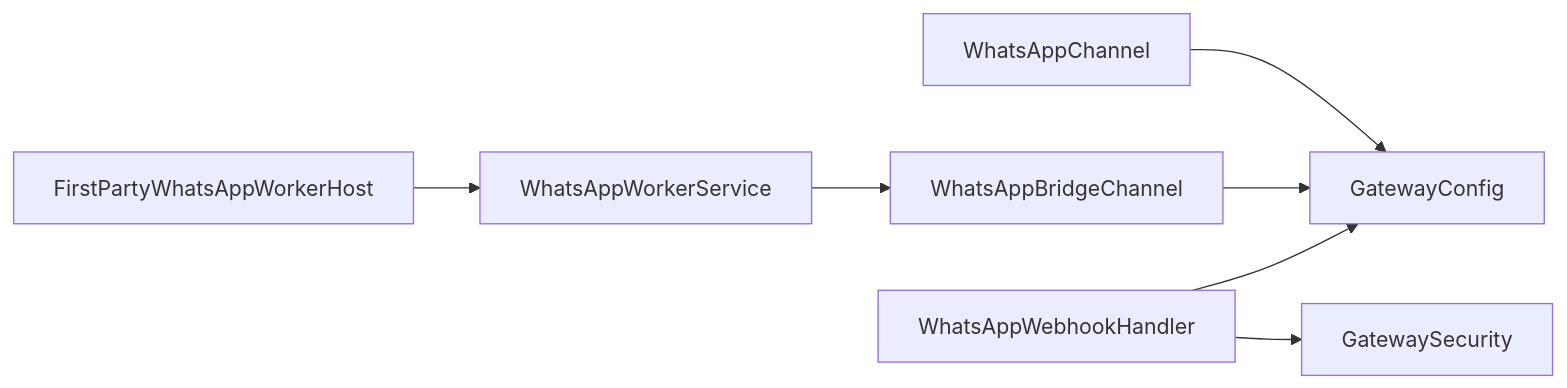
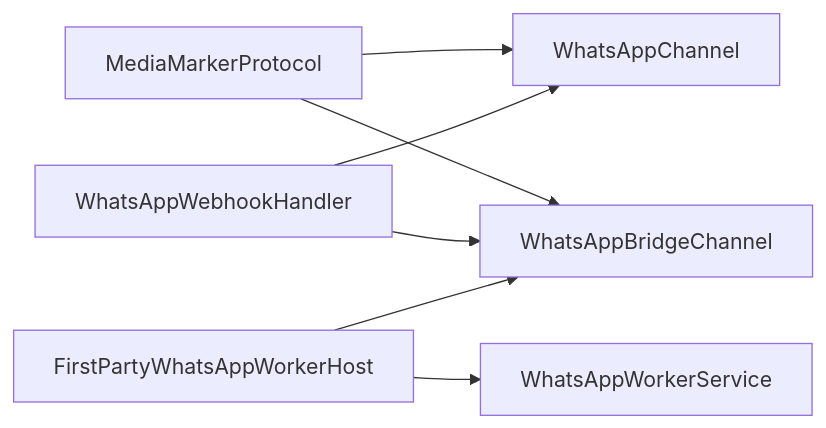
Before and after one commit to wayyet/kingcrab: the eighth of 8 diagrams in .qoder/repowiki/zh/content/通信渠道/WhatsApp 集成.md, drawn with Mermaid. The commit also changed other lines of this file and 431 other files, not shown here.

````diff
--- a/.qoder/repowiki/zh/content/通信渠道/WhatsApp 集成.md
+++ b/.qoder/repowiki/zh/content/通信渠道/WhatsApp 集成.md
@@ -364,9 +348,9 @@
 ```mermaid
 graph LR
-WAC["WhatsAppChannel"] --> CFG["GatewayConfig"]
-WAB["WhatsAppBridgeChannel"] --> CFG
-WH["WhatsAppWebhookHandler"] --> CFG
-WH --> SEC["GatewaySecurity"]
-Host["FirstPartyWhatsAppWorkerHost"] --> WS["WhatsAppWorkerService"]
-WS --> WAB
+MM["MediaMarkerProtocol"] --> WC["WhatsAppChannel"]
+MM --> WBC["WhatsAppBridgeChannel"]
+WH["WhatsAppWebhookHandler"] --> WC
+WH --> WBC
+FPW["FirstPartyWhatsAppWorkerHost"] --> WW["WhatsAppWorkerService"]
+FPW --> WBC
 ```
````
